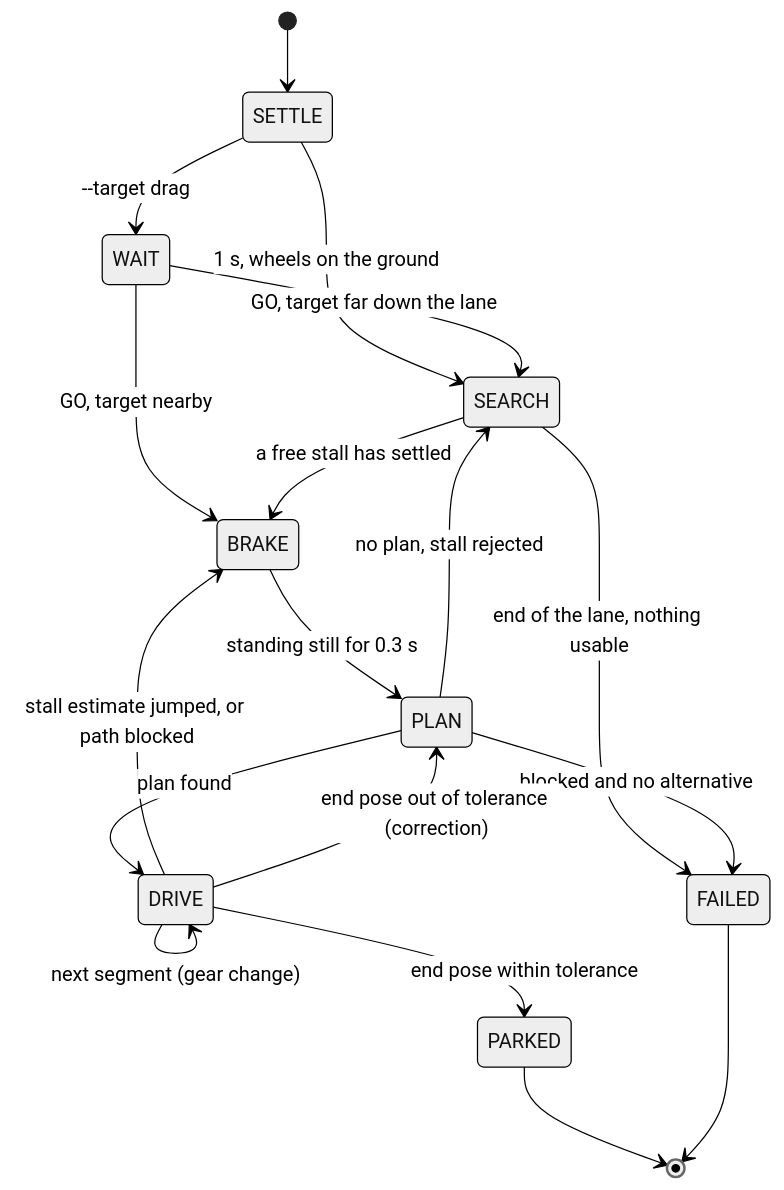
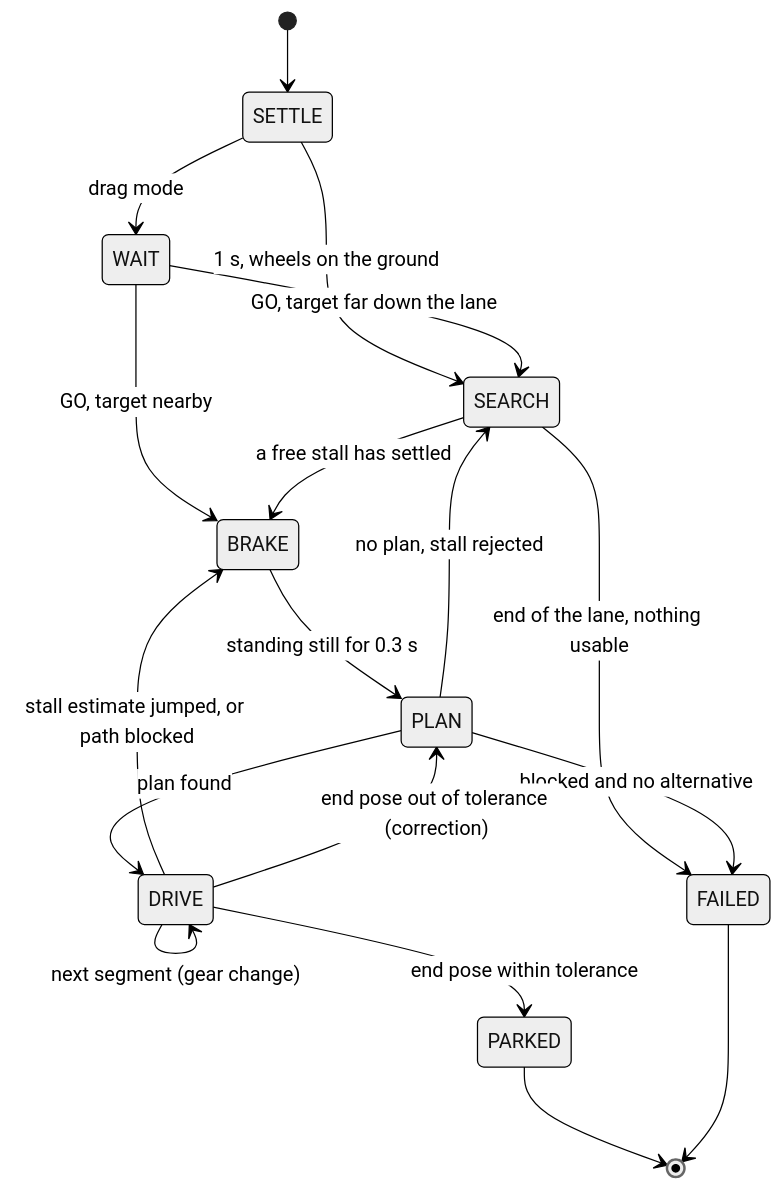
The second of 2 diagrams in docs/architecture.md (ksha23/chrono-parking), drawn with Mermaid (neutral theme) before and after one commit.

Commit message:
docs: plain label in the state diagram

````diff
--- a/docs/architecture.md
+++ b/docs/architecture.md
@@ -77,20 +77,20 @@
 ```mermaid
 stateDiagram-v2
     [*] --> SETTLE
     SETTLE --> SEARCH: 1 s, wheels on the ground
-    SETTLE --> WAIT: --target drag
+    SETTLE --> WAIT: drag mode
     WAIT --> SEARCH: GO, target far down the lane
     WAIT --> BRAKE: GO, target nearby
     SEARCH --> BRAKE: a free stall has settled
     SEARCH --> FAILED: end of the lane, nothing usable
     BRAKE --> PLAN: standing still for 0.3 s
     PLAN --> DRIVE: plan found
     PLAN --> SEARCH: no plan, stall rejected
     PLAN --> FAILED: blocked and no alternative
     DRIVE --> DRIVE: next segment (gear change)
     DRIVE --> BRAKE: stall estimate jumped, or path blocked
     DRIVE --> PLAN: end pose out of tolerance (correction)
     DRIVE --> PARKED: end pose within tolerance
     PARKED --> [*]
     FAILED --> [*]
 ```
````
